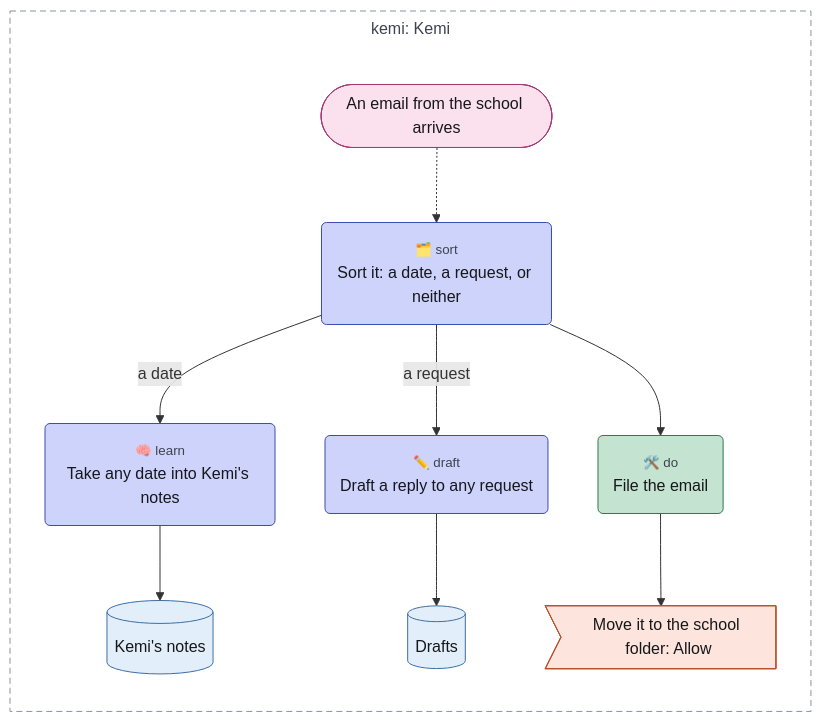
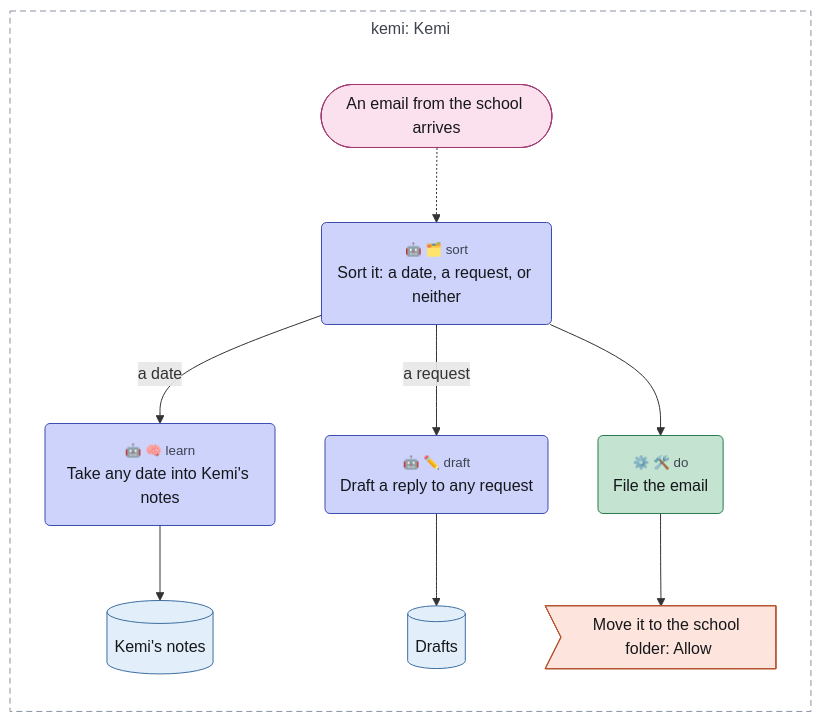
One commit to chrismdp/awml changed the diagram in examples/tour/10-operations.mmd. Above: the diagram before and after it, drawn with Mermaid. The commit also changed 21 other files, not shown here.

```diff
--- a/examples/tour/10-operations.mmd
+++ b/examples/tour/10-operations.mmd
@@ -1,45 +1,45 @@
 ---
 config:
   theme: default
   flowchart:
     useMaxWidth: false
     subGraphTitleMargin:
       top: 6
       bottom: 30
 ---
 flowchart TB
   subgraph kemi["kemi: Kemi"]
     direction TB
     arrives(["An email from the school arrives"])
-    sort("<small style='color:#3d434f'>🗂️ sort</small><br>Sort it: a date, a request, or neither")
-    learn("<small style='color:#3d434f'>🧠 learn</small><br>Take any date into Kemi's notes")
+    sort("<small style='color:#3d434f'>🤖 🗂️ sort</small><br>Sort it: a date, a request, or neither")
+    learn("<small style='color:#3d434f'>🤖 🧠 learn</small><br>Take any date into Kemi's notes")
     notes[("Kemi's notes")]
-    draft("<small style='color:#3d434f'>✏️ draft</small><br>Draft a reply to any request")
+    draft("<small style='color:#3d434f'>🤖 ✏️ draft</small><br>Draft a reply to any request")
     drafts[("Drafts")]
-    file("<small style='color:#3d434f'>🛠️ do</small><br>File the email")
+    file("<small style='color:#3d434f'>⚙️ 🛠️ do</small><br>File the email")
     move>"Move it to the school folder: Allow"]
   end
 
   arrives -.-> sort
   sort -->|"a date"| learn
   learn --> notes
   sort -->|"a request"| draft
   draft --> drafts
   sort --> file
   file --> move
   classDef trig fill:#fbe1ee,stroke:#a33a74,color:#16171b
   classDef ctx fill:#e2eef9,stroke:#3d6fa3,color:#16171b
   classDef con fill:#eceef2,stroke:#5d6472,color:#16171b
   classDef surf fill:#ffffff,stroke:#2a2d35,stroke-width:1.5px,color:#16171b
   classDef out fill:#fde4dc,stroke:#b5532f,color:#16171b
   classDef ai fill:#cdd3fb,stroke:#3b4bb0,color:#16171b
   classDef rule fill:#c4e3d1,stroke:#2b7a4f,color:#16171b
   classDef human fill:#f7d79a,stroke:#9a6100,color:#16171b
   classDef uml fill:#16171b,stroke:#16171b,color:#16171b
   classDef gap fill:#ffffff,stroke:#8a93a3,stroke-dasharray:4 3,color:#6b7280
   class arrives trig
   class notes,drafts ctx
   class move out
   class sort,learn,draft ai
   class file rule
   style kemi fill:transparent,stroke:#8a93a3,stroke-dasharray:6 4,color:#3d434f
```
